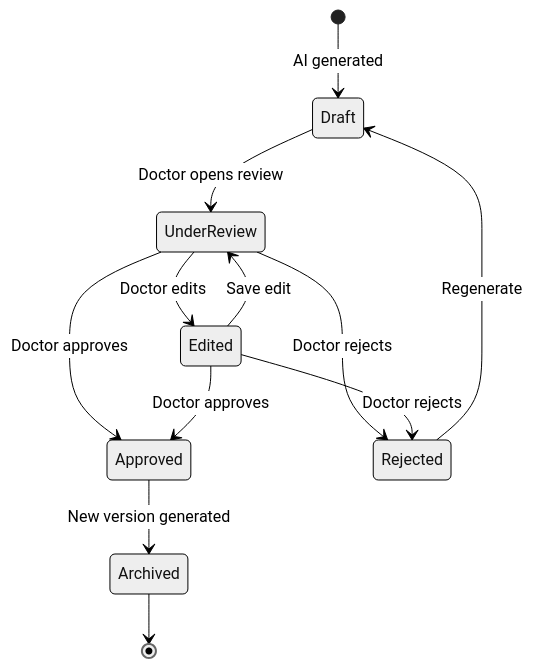
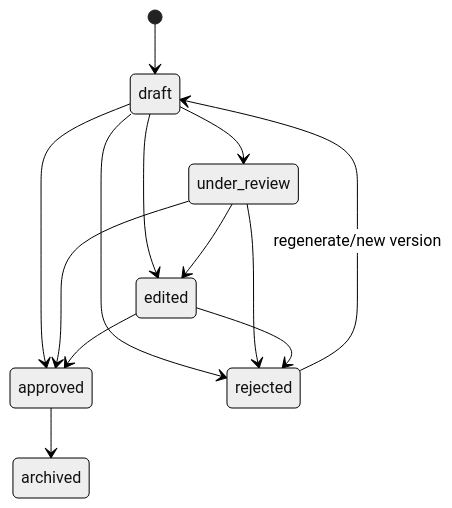
The second of 2 diagrams in docs/8.USER_FLOW.md (104221795/Medical_Record_Summarization), drawn with Mermaid (neutral theme) before and after one commit. The commit also changed other lines of this file and 16 other files, not shown here.

````diff
--- a/docs/8.USER_FLOW.md
+++ b/docs/8.USER_FLOW.md
@@ -320,14 +257,15 @@
 ```mermaid
 stateDiagram-v2
-    [*] --> Draft: AI generated
-    Draft --> UnderReview: Doctor opens review
-    UnderReview --> Edited: Doctor edits
-    UnderReview --> Approved: Doctor approves
-    UnderReview --> Rejected: Doctor rejects
-    Edited --> UnderReview: Save edit
-    Edited --> Approved: Doctor approves
-    Edited --> Rejected: Doctor rejects
-    Rejected --> Draft: Regenerate
-    Approved --> Archived: New version generated
-    Archived --> [*]
+    [*] --> draft
+    draft --> under_review
+    draft --> edited
+    draft --> approved
+    draft --> rejected
+    under_review --> edited
+    under_review --> approved
+    under_review --> rejected
+    edited --> approved
+    edited --> rejected
+    approved --> archived
+    rejected --> draft: regenerate/new version
 ```
````
